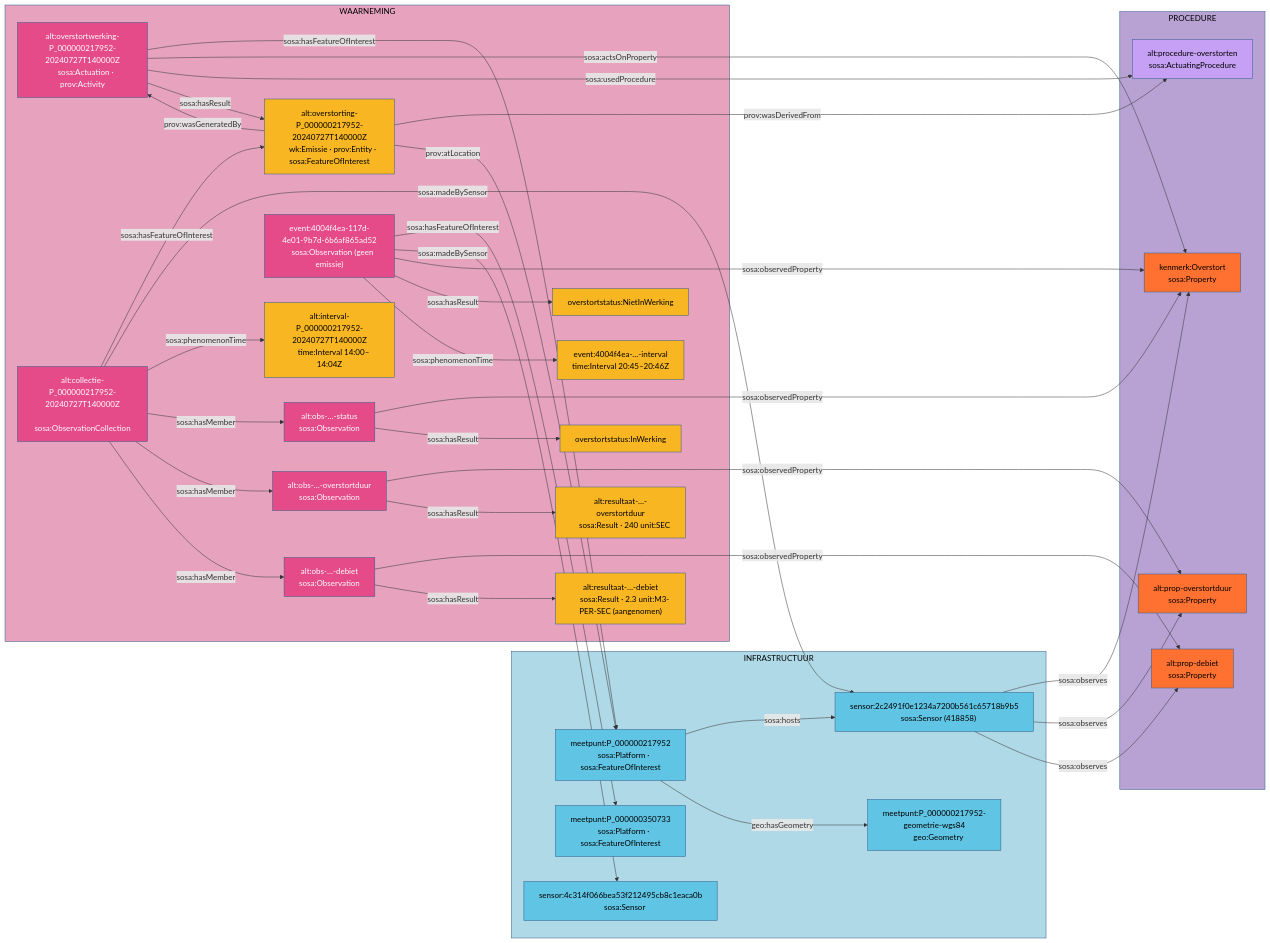
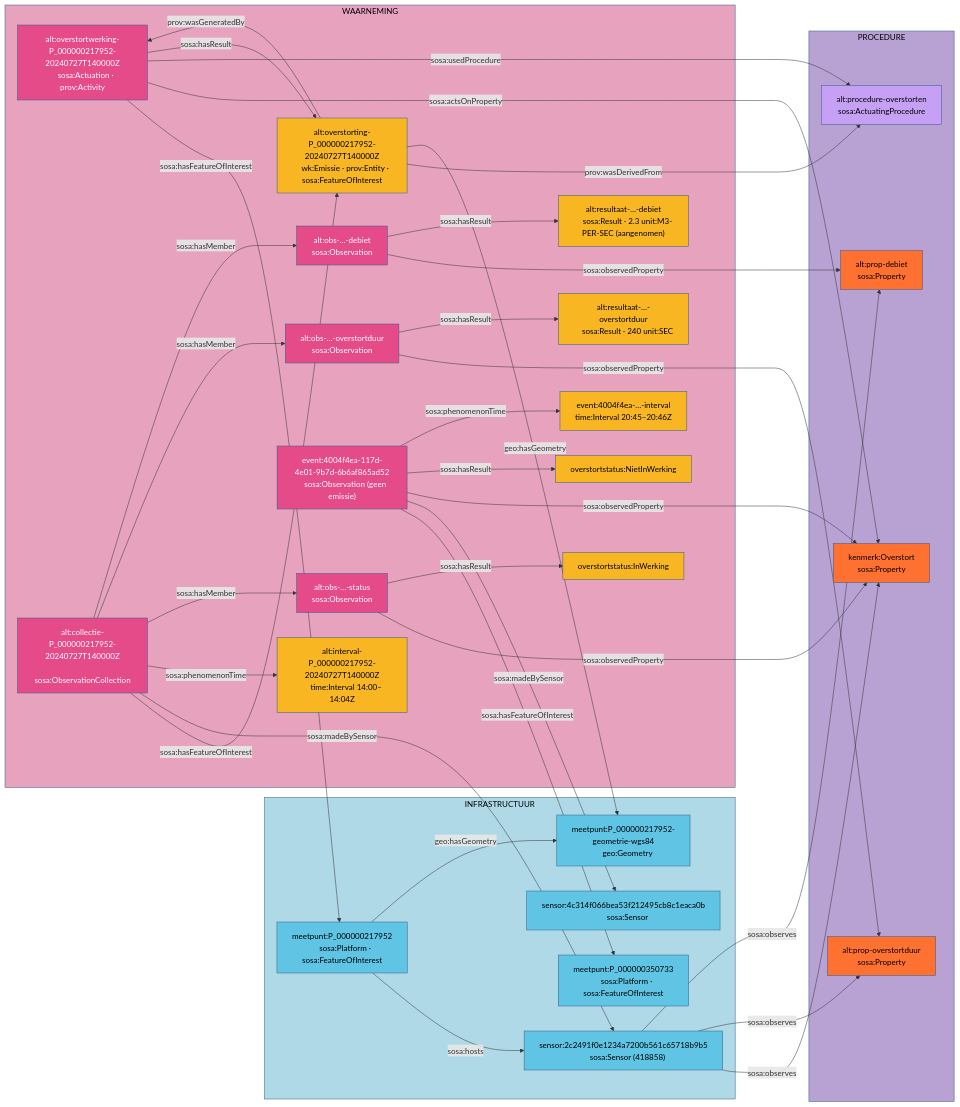
One commit to Informatievlaanderen/OSLOthema-SSNSOSA-VL changed the diagram in src/main/input/overstort/alternatief/overstort_emissie.mmd. Above: the diagram before and after it, drawn with Mermaid. The commit also changed 5 other files, not shown here.

First line of the commit message:
overstort alternatief: emissie met geo:hasGeometry in plaats van prov:atLocation

```diff
--- a/src/main/input/overstort/alternatief/overstort_emissie.mmd
+++ b/src/main/input/overstort/alternatief/overstort_emissie.mmd
@@ -1,116 +1,116 @@
 flowchart LR
 
 subgraph PROC["PROCEDURE"]
     PR["alt:procedure-overstorten
     sosa:ActuatingProcedure"]
     PA["kenmerk:Overstort
     sosa:Property"]
     PD["alt:prop-overstortduur
     sosa:Property"]
     PQ["alt:prop-debiet
     sosa:Property"]
 end
 
 subgraph INFRA["INFRASTRUCTUUR"]
     M1["meetpunt:P_000000217952
     sosa:Platform · sosa:FeatureOfInterest"]
     G1["meetpunt:P_000000217952-geometrie-wgs84
     geo:Geometry"]
     S1["sensor:2c2491f0e1234a7200b561c65718b9b5
     sosa:Sensor (418858)"]
     M2["meetpunt:P_000000350733
     sosa:Platform · sosa:FeatureOfInterest"]
     S2["sensor:4c314f066bea53f212495cb8c1eaca0b
     sosa:Sensor"]
 end
 
 subgraph WAAR["WAARNEMING"]
     A1["alt:overstortwerking-P_000000217952-20240727T140000Z
     sosa:Actuation · prov:Activity"]
     E1["alt:overstorting-P_000000217952-20240727T140000Z
     wk:Emissie · prov:Entity · sosa:FeatureOfInterest"]
     C1["alt:collectie-P_000000217952-20240727T140000Z
     sosa:ObservationCollection"]
     T1["alt:interval-P_000000217952-20240727T140000Z
     time:Interval 14:00–14:04Z"]
     O1["alt:obs-…-status
     sosa:Observation"]
     R1["overstortstatus:InWerking"]
     O2["alt:obs-…-overstortduur
     sosa:Observation"]
     R2["alt:resultaat-…-overstortduur
     sosa:Result · 240 unit:SEC"]
     O4["alt:obs-…-debiet
     sosa:Observation"]
     R4["alt:resultaat-…-debiet
     sosa:Result · 2.3 unit:M3-PER-SEC (aangenomen)"]
     O3["event:4004f4ea-117d-4e01-9b7d-6b6af865ad52
     sosa:Observation (geen emissie)"]
     R3["overstortstatus:NietInWerking"]
     T3["event:4004f4ea-…-interval
     time:Interval 20:45–20:46Z"]
 end
 
 style PROC  fill:#b8a2d4,stroke:#2E5C8A,color:#000
 style INFRA fill:#b0d9e7,stroke:#2E5C8A,color:#000
 style WAAR  fill:#e7a3be,stroke:#2E5C8A,color:#000
 
 style PR fill:#c6a0f5,stroke:#2E5C8A,color:#000
 style PA fill:#fe7130,stroke:#2E5C8A,color:#000
 style PD fill:#fe7130,stroke:#2E5C8A,color:#000
 style PQ fill:#fe7130,stroke:#2E5C8A,color:#000
 style O4 fill:#e54b89,stroke:#2E5C8A,color:#fff
 style R4 fill:#f8b622,stroke:#2E5C8A,color:#000
 style M1 fill:#60c4e4,stroke:#2E5C8A,color:#000
 style G1 fill:#60c4e4,stroke:#2E5C8A,color:#000
 style S1 fill:#60c4e4,stroke:#2E5C8A,color:#000
 style M2 fill:#60c4e4,stroke:#2E5C8A,color:#000
 style S2 fill:#60c4e4,stroke:#2E5C8A,color:#000
 style A1 fill:#e54b89,stroke:#2E5C8A,color:#fff
 style E1 fill:#f8b622,stroke:#2E5C8A,color:#000
 style C1 fill:#e54b89,stroke:#2E5C8A,color:#fff
 style T1 fill:#f8b622,stroke:#2E5C8A,color:#000
 style O1 fill:#e54b89,stroke:#2E5C8A,color:#fff
 style R1 fill:#f8b622,stroke:#2E5C8A,color:#000
 style O2 fill:#e54b89,stroke:#2E5C8A,color:#fff
 style R2 fill:#f8b622,stroke:#2E5C8A,color:#000
 style O3 fill:#e54b89,stroke:#2E5C8A,color:#fff
 style R3 fill:#f8b622,stroke:#2E5C8A,color:#000
 style T3 fill:#f8b622,stroke:#2E5C8A,color:#000
 
 %% infrastructuur
 M1 -->|sosa:hosts| S1
 M1 -->|geo:hasGeometry| G1
 S1 -->|sosa:observes| PA
 S1 -->|sosa:observes| PD
 S1 -->|sosa:observes| PQ
 
 %% emissie
 A1 -->|sosa:hasFeatureOfInterest| M1
 A1 -->|sosa:actsOnProperty| PA
 A1 -->|sosa:usedProcedure| PR
 A1 -->|sosa:hasResult| E1
 E1 -->|prov:wasGeneratedBy| A1
 E1 -->|prov:wasDerivedFrom| PR
-E1 -->|prov:atLocation| M1
+E1 -->|geo:hasGeometry| G1
 
 %% observaties van de emissie
 C1 -->|sosa:hasFeatureOfInterest| E1
 C1 -->|sosa:madeBySensor| S1
 C1 -->|sosa:phenomenonTime| T1
 C1 -->|sosa:hasMember| O1
 C1 -->|sosa:hasMember| O2
 O1 -->|sosa:observedProperty| PA
 O1 -->|sosa:hasResult| R1
 O2 -->|sosa:observedProperty| PD
 O2 -->|sosa:hasResult| R2
 C1 -->|sosa:hasMember| O4
 O4 -->|sosa:observedProperty| PQ
 O4 -->|sosa:hasResult| R4
 
 %% event zonder overstorting: zoals het hoofdmodel
 O3 -->|sosa:hasFeatureOfInterest| M2
 O3 -->|sosa:madeBySensor| S2
 O3 -->|sosa:observedProperty| PA
 O3 -->|sosa:hasResult| R3
 O3 -->|sosa:phenomenonTime| T3
```
